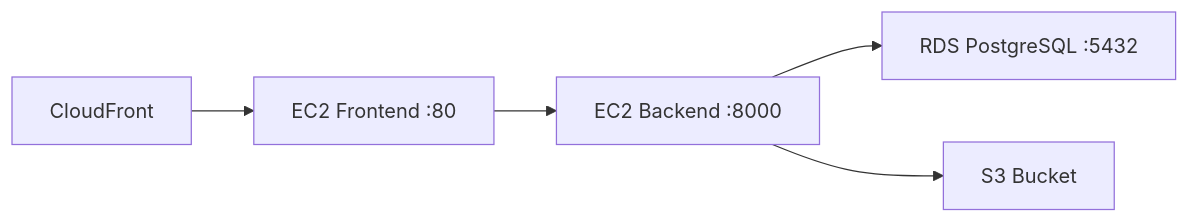
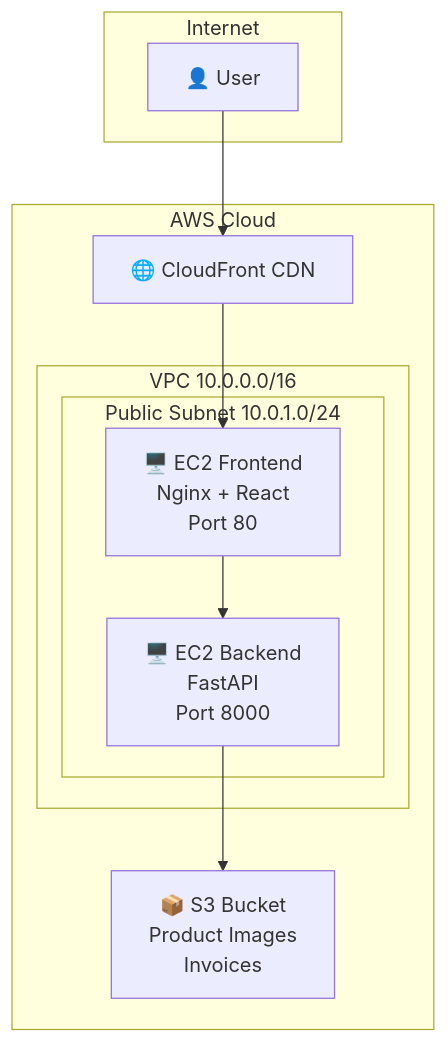
One commit to subagja033010/healthbridge changed the diagram in AWS_DEPLOY.md. Above: the diagram before and after it, drawn with Mermaid. The commit also changed other lines of this file, not shown here.

Commit message:
Rewrite AWS_DEPLOY.md with detailed steps and simplified architecture

````diff
--- a/AWS_DEPLOY.md
+++ b/AWS_DEPLOY.md
@@ -19,7 +18,24 @@
 ```mermaid
-flowchart LR
-    CF["CloudFront"] --> FE["EC2 Frontend :80"]
-    FE --> BE["EC2 Backend :8000"]
-    BE --> RDS["RDS PostgreSQL :5432"]
-    BE --> S3["S3 Bucket"]
+flowchart TB
+    subgraph Internet
+        User["👤 User"]
+    end
+
+    subgraph AWS["AWS Cloud"]
+        subgraph VPC["VPC 10.0.0.0/16"]
+            subgraph PublicSubnet["Public Subnet 10.0.1.0/24"]
+                EC2_FE["🖥️ EC2 Frontend<br/>Nginx + React<br/>Port 80"]
+                EC2_BE["🖥️ EC2 Backend<br/>FastAPI<br/>Port 8000"]
+            end
+        end
+
+        S3["📦 S3 Bucket<br/>Product Images<br/>Invoices"]
+
+        CF["🌐 CloudFront CDN"]
+    end
+
+    User --> CF
+    CF --> EC2_FE
+    EC2_FE --> EC2_BE
+    EC2_BE --> S3
 ```
````
